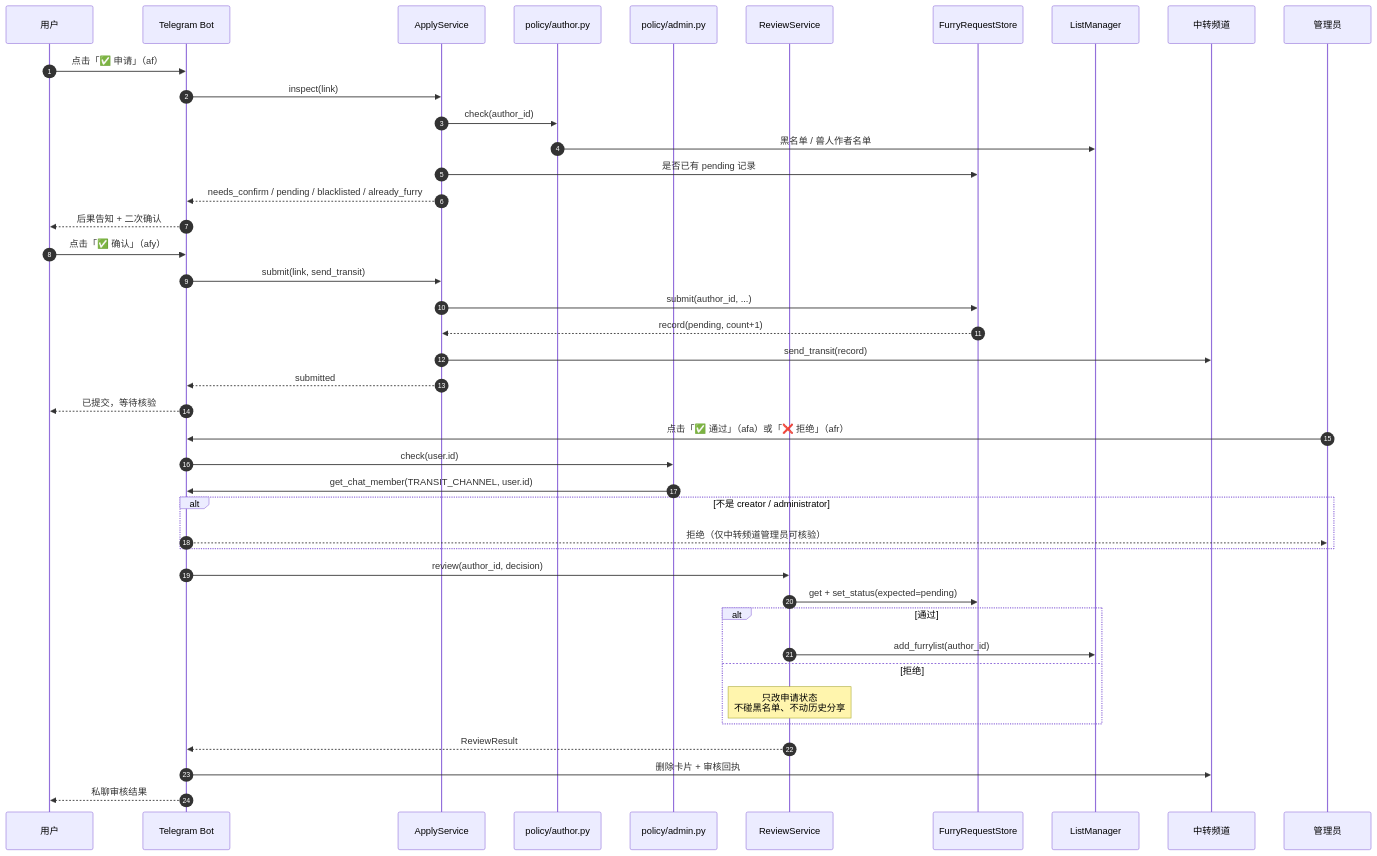
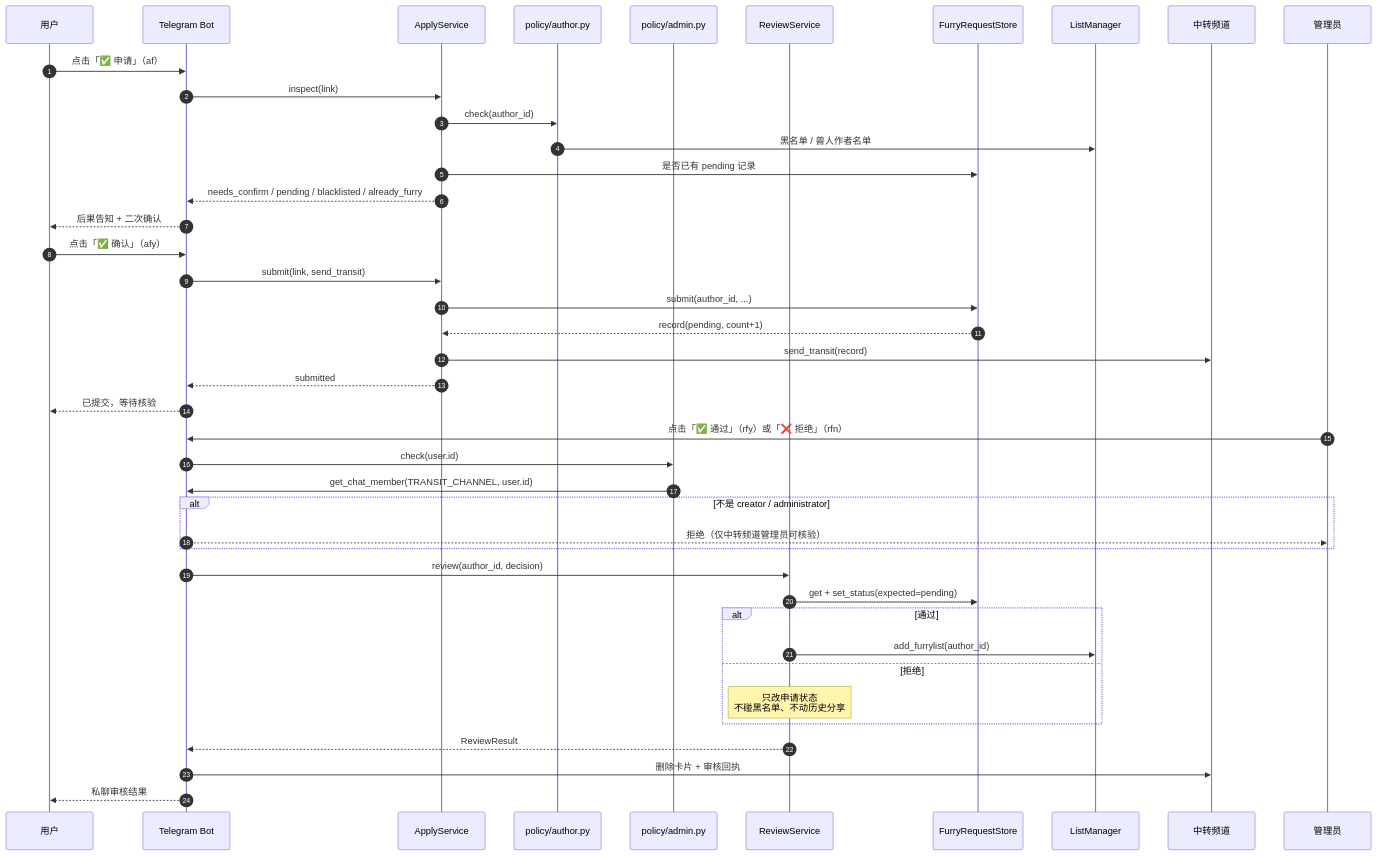
One commit to DowneyRem/FurryReadingBot changed the second of 4 diagrams in docs/05-运行时序.md. Above: the diagram before and after it, drawn with Mermaid. The commit also changed other lines of this file and 5 other files, not shown here.

````diff
--- a/docs/05-运行时序.md
+++ b/docs/05-运行时序.md
@@ -83,49 +83,49 @@
 ```mermaid
 sequenceDiagram
     autonumber
     participant user as 用户
     participant telegramBot as Telegram Bot
     participant applyService as ApplyService
     participant authorPolicy as policy/author.py
     participant adminPolicy as policy/admin.py
     participant reviewService as ReviewService
     participant furryRequests as FurryRequestStore
     participant listManager as ListManager
     participant transit as 中转频道
     participant admin as 管理员
 
     user->>telegramBot: 点击「✅ 申请」（af）
     telegramBot->>applyService: inspect(link)
     applyService->>authorPolicy: check(author_id)
     authorPolicy->>listManager: 黑名单 / 兽人作者名单
     applyService->>furryRequests: 是否已有 pending 记录
     applyService-->>telegramBot: needs_confirm / pending / blacklisted / already_furry
     telegramBot-->>user: 后果告知 + 二次确认
 
     user->>telegramBot: 点击「✅ 确认」（afy）
     telegramBot->>applyService: submit(link, send_transit)
     applyService->>furryRequests: submit(author_id, ...)
     furryRequests-->>applyService: record(pending, count+1)
     applyService->>transit: send_transit(record)
     applyService-->>telegramBot: submitted
     telegramBot-->>user: 已提交，等待核验
 
-    admin->>telegramBot: 点击「✅ 通过」（afa）或「❌ 拒绝」（afr）
+    admin->>telegramBot: 点击「✅ 通过」（rfy）或「❌ 拒绝」（rfn）
     telegramBot->>adminPolicy: check(user.id)
     adminPolicy->>telegramBot: get_chat_member(TRANSIT_CHANNEL, user.id)
     alt 不是 creator / administrator
         telegramBot-->>admin: 拒绝（仅中转频道管理员可核验）
     end
     telegramBot->>reviewService: review(author_id, decision)
     reviewService->>furryRequests: get + set_status(expected=pending)
 
     alt 通过
         reviewService->>listManager: add_furrylist(author_id)
     else 拒绝
         note over reviewService: 只改申请状态<br/>不碰黑名单、不动历史分享
     end
 
     reviewService-->>telegramBot: ReviewResult
     telegramBot->>transit: 删除卡片 + 审核回执
     telegramBot-->>user: 私聊审核结果
 ```
````
